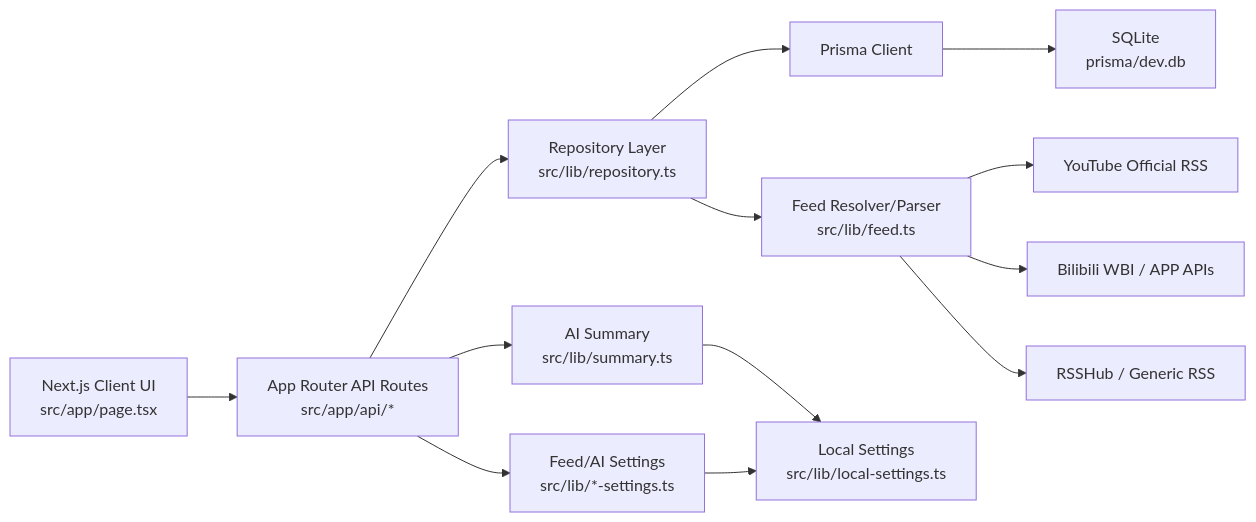
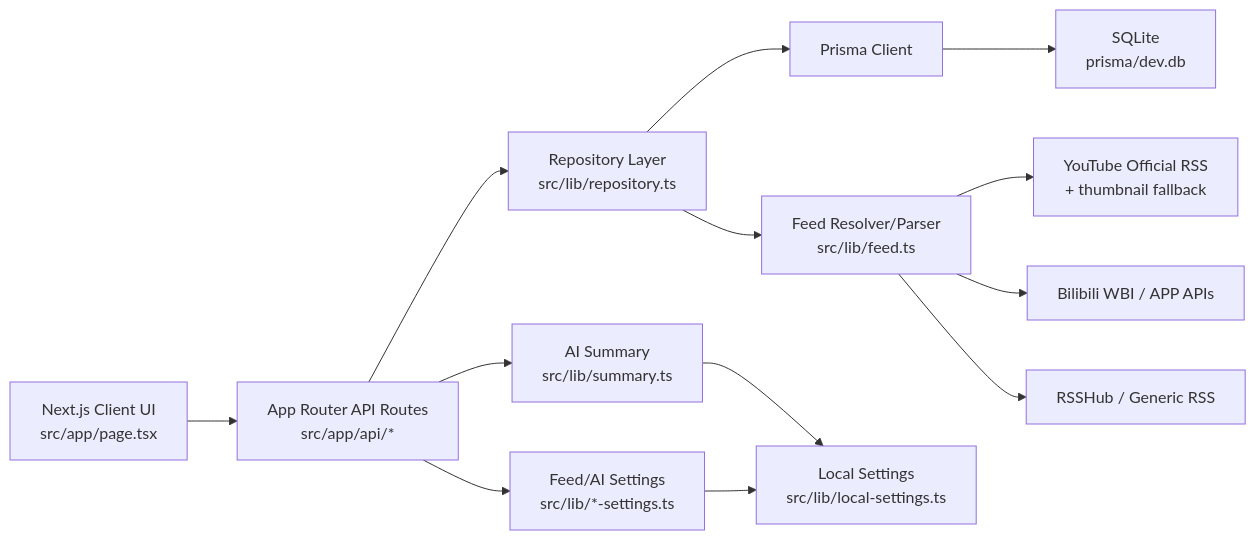
The diagram in project-context.md (luqiming19820311/LXYAPP-lxy-reader), drawn with Mermaid before and after one commit. The commit also changed other lines of this file and 5 other files, not shown here.

````diff
--- a/project-context.md
+++ b/project-context.md
@@ -306,15 +334,15 @@
 ```mermaid
 flowchart LR
   UI["Next.js Client UI\nsrc/app/page.tsx"] --> API["App Router API Routes\nsrc/app/api/*"]
   API --> Repo["Repository Layer\nsrc/lib/repository.ts"]
   Repo --> Prisma["Prisma Client"]
   Prisma --> SQLite["SQLite\nprisma/dev.db"]
   Repo --> Feed["Feed Resolver/Parser\nsrc/lib/feed.ts"]
-  Feed --> YouTube["YouTube Official RSS"]
+  Feed --> YouTube["YouTube Official RSS\n+ thumbnail fallback"]
   Feed --> Bilibili["Bilibili WBI / APP APIs"]
   Feed --> RSSHub["RSSHub / Generic RSS"]
   API --> Summary["AI Summary\nsrc/lib/summary.ts"]
   Summary --> LocalSettings["Local Settings\nsrc/lib/local-settings.ts"]
   API --> Settings["Feed/AI Settings\nsrc/lib/*-settings.ts"]
   Settings --> LocalSettings
 ```
````
